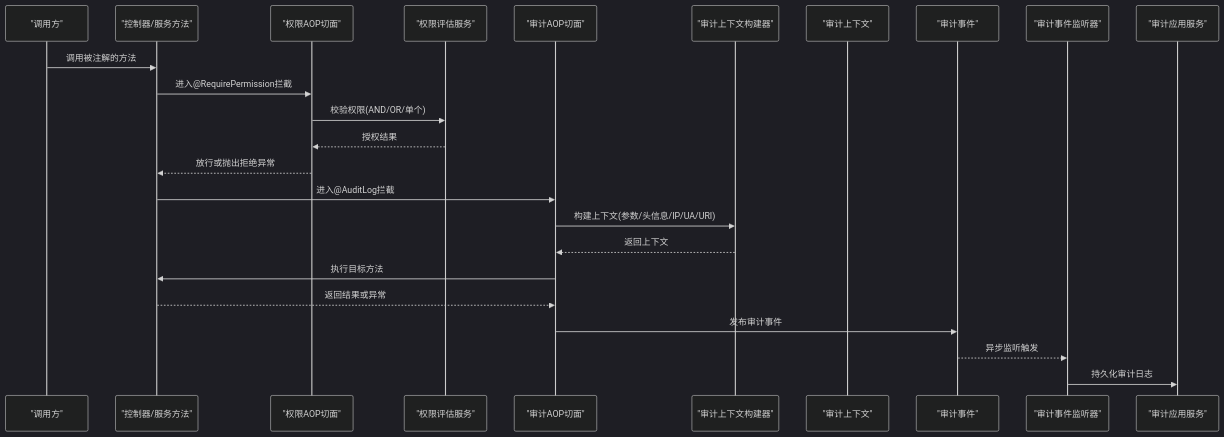
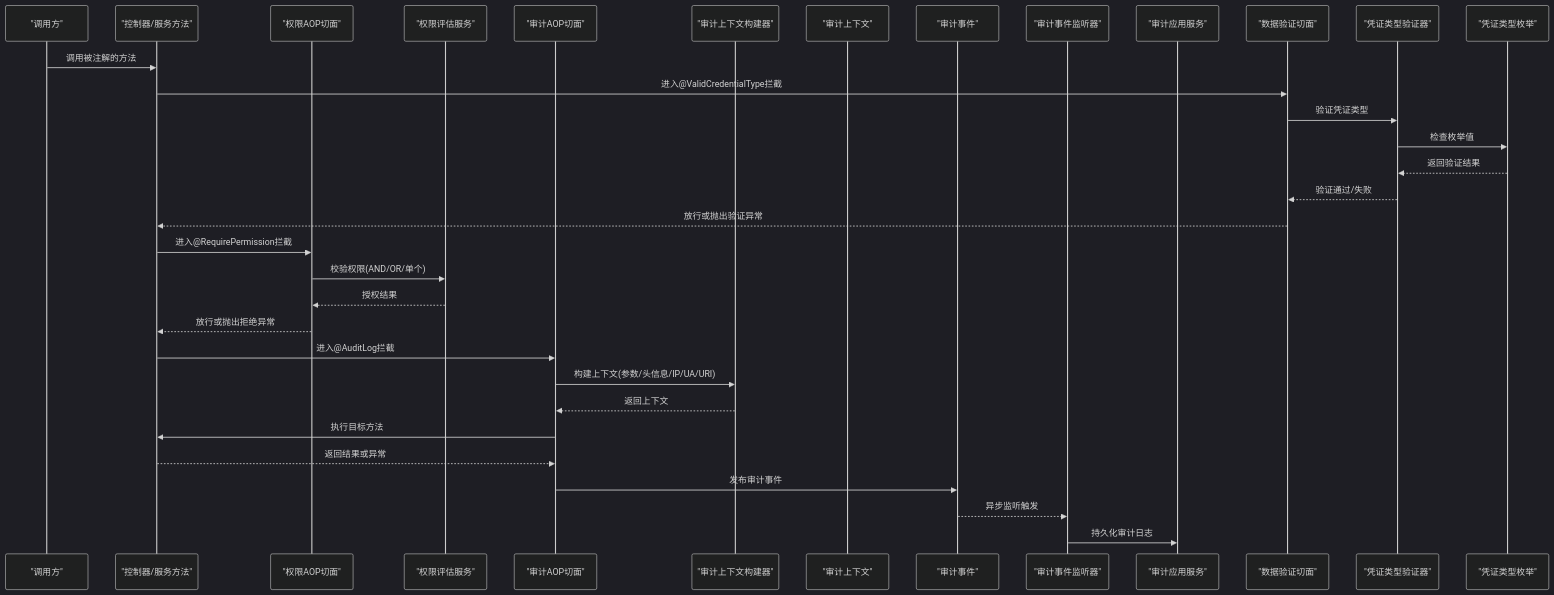
The second of 7 diagrams in .qoder/repowiki/zh/content/项目概述/项目结构/通用模块 (iam-common)/安全注解.md (fq0121104930716/iam-platform), drawn with Mermaid (dark theme) before and after one commit. The commit also changed other lines of this file and 13 other files, not shown here.

````diff
--- a/.qoder/repowiki/zh/content/项目概述/项目结构/通用模块 (iam-common)/安全注解.md
+++ b/.qoder/repowiki/zh/content/项目概述/项目结构/通用模块 (iam-common)/安全注解.md
@@ -126,26 +144,35 @@
 ```mermaid
 sequenceDiagram
 participant Caller as "调用方"
 participant Ctrl as "控制器/服务方法"
 participant PermAspect as "权限AOP切面"
 participant PermEval as "权限评估服务"
 participant AuditAspect as "审计AOP切面"
 participant CtxBuilder as "审计上下文构建器"
 participant Ctx as "审计上下文"
 participant Event as "审计事件"
 participant Listener as "审计事件监听器"
 participant Repo as "审计应用服务"
+participant ValidAspect as "数据验证切面"
+participant ValidValidator as "凭证类型验证器"
+participant Enum as "凭证类型枚举"
 Caller->>Ctrl : 调用被注解的方法
+Ctrl->>ValidAspect : 进入@ValidCredentialType拦截
+ValidAspect->>ValidValidator : 验证凭证类型
+ValidValidator->>Enum : 检查枚举值
+Enum-->>ValidValidator : 返回验证结果
+ValidValidator-->>ValidAspect : 验证通过/失败
+ValidAspect-->>Ctrl : 放行或抛出验证异常
 Ctrl->>PermAspect : 进入@RequirePermission拦截
 PermAspect->>PermEval : 校验权限(AND/OR/单个)
 PermEval-->>PermAspect : 授权结果
 PermAspect-->>Ctrl : 放行或抛出拒绝异常
 Ctrl->>AuditAspect : 进入@AuditLog拦截
 AuditAspect->>CtxBuilder : 构建上下文(参数/头信息/IP/UA/URI)
 CtxBuilder-->>AuditAspect : 返回上下文
 AuditAspect->>Ctrl : 执行目标方法
 Ctrl-->>AuditAspect : 返回结果或异常
 AuditAspect->>Event : 发布审计事件
 Event-->>Listener : 异步监听触发
 Listener->>Repo : 持久化审计日志
 ```
````
